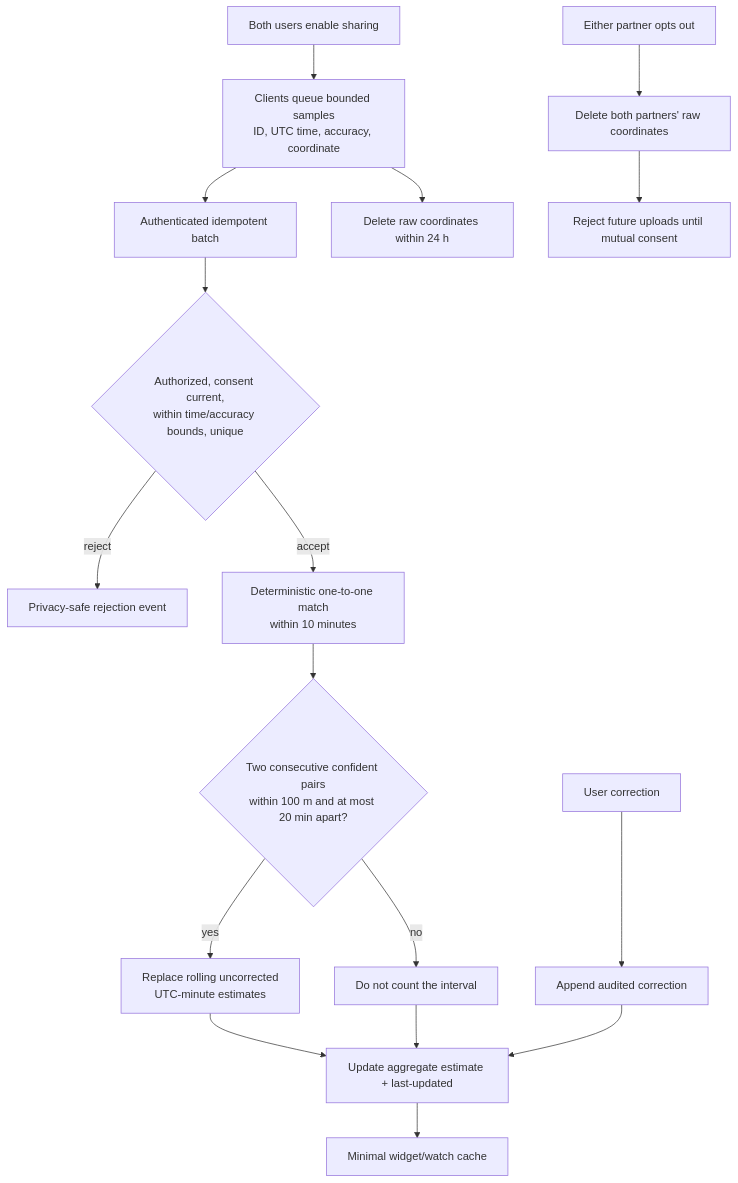
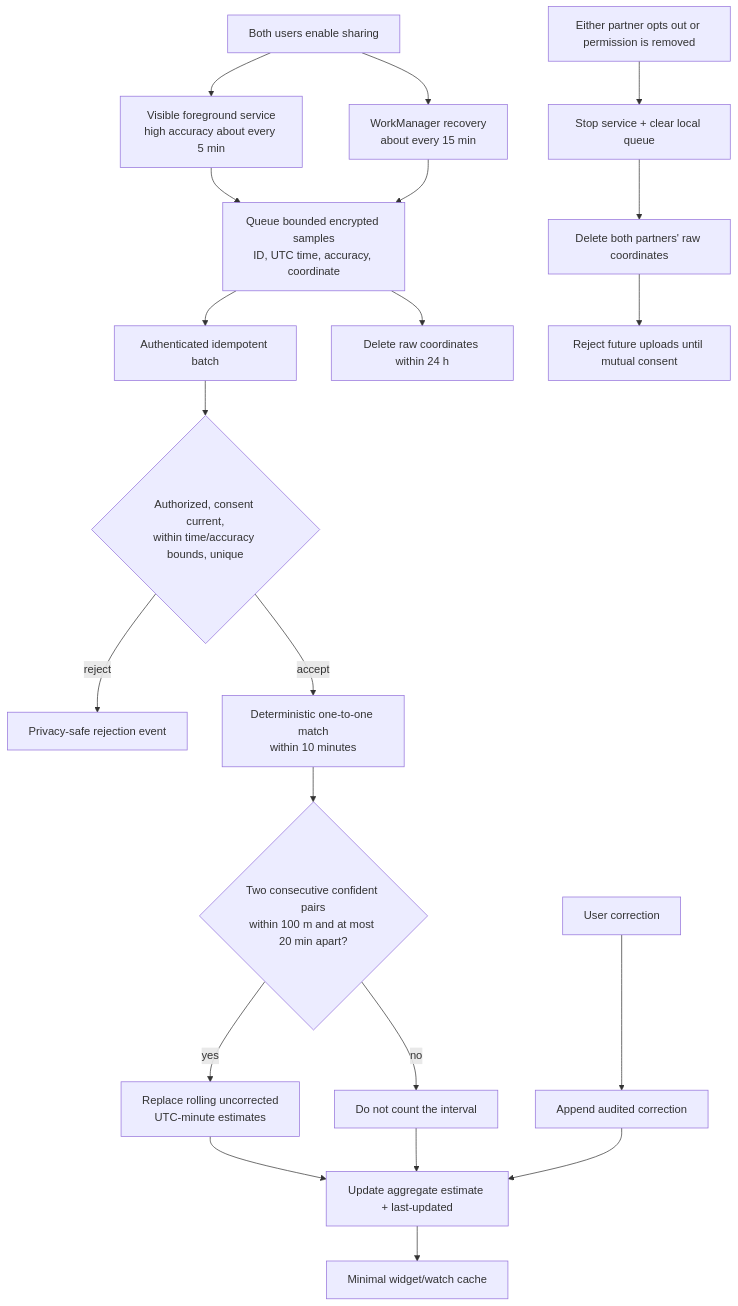
The seventh of 15 diagrams in docs/NETWORK-FLOW.md (Captainpax/littleorbit), drawn with Mermaid before and after one commit. The commit also changed other lines of this file and 90 other files, not shown here.

````diff
--- a/docs/NETWORK-FLOW.md
+++ b/docs/NETWORK-FLOW.md
@@ -154,19 +154,23 @@
 ```mermaid
 flowchart TD
-    Consent[Both users enable sharing] --> Samples[Clients queue bounded samples<br/>ID, UTC time, accuracy, coordinate]
+    Consent[Both users enable sharing] --> FGS[Visible foreground service<br/>high accuracy about every 5 min]
+    Consent --> Fallback[WorkManager recovery<br/>about every 15 min]
+    FGS --> Samples[Queue bounded encrypted samples<br/>ID, UTC time, accuracy, coordinate]
+    Fallback --> Samples
     Samples --> Upload[Authenticated idempotent batch]
     Upload --> Checks{Authorized, consent current,<br/>within time/accuracy bounds, unique}
     Checks -->|reject| Audit[Privacy-safe rejection event]
     Checks -->|accept| Match[Deterministic one-to-one match<br/>within 10 minutes]
     Match --> Threshold{Two consecutive confident pairs<br/>within 100 m and at most 20 min apart?}
     Threshold -->|yes| Bucket[Replace rolling uncorrected<br/>UTC-minute estimates]
     Threshold -->|no| Skip[Do not count the interval]
     Bucket --> Estimate[Update aggregate estimate + last-updated]
     Skip --> Estimate
     Estimate --> Cache[Minimal widget/watch cache]
     Samples --> Expiry[Delete raw coordinates within 24 h]
-    OptOut[Either partner opts out] --> Delete[Delete both partners' raw coordinates]
+    OptOut[Either partner opts out or permission is removed] --> StopLocal[Stop service + clear local queue]
+    StopLocal --> Delete[Delete both partners' raw coordinates]
     Delete --> Stop[Reject future uploads until mutual consent]
     Correction[User correction] --> CorrectionAudit[Append audited correction]
     CorrectionAudit --> Estimate
 ```
````
